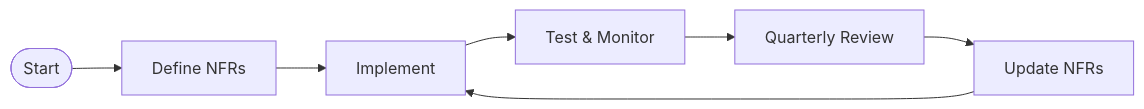
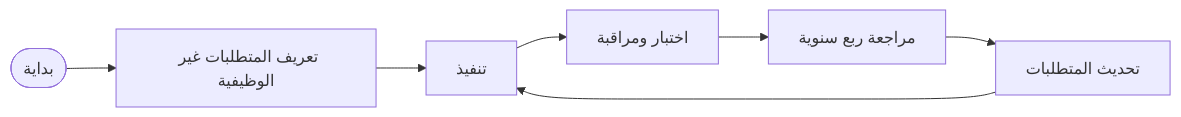
The third of 3 diagrams in docs/10-nfr-and-quality/10-nfr-and-quality.md (Ash69g/Documentation-Study), drawn with Mermaid before and after one commit. The commit also changed other lines of this file and 15 other files, not shown here.

````diff
--- a/docs/10-nfr-and-quality/10-nfr-and-quality.md
+++ b/docs/10-nfr-and-quality/10-nfr-and-quality.md
@@ -78,9 +123,9 @@
 ```mermaid
 flowchart LR
-  Start([Start]) --> Define[Define NFRs]
-  Define --> Implement[Implement]
-  Implement --> Test[Test & Monitor]
-  Test --> Review[Quarterly Review]
-  Review --> Update[Update NFRs]
-  Update --> Implement
+  البداية([بداية]) --> تعريف[تعريف المتطلبات غير الوظيفية]
+  تعريف --> تنفيذ[تنفيذ]
+  تنفيذ --> اختبار[اختبار ومراقبة]
+  اختبار --> مراجعة[مراجعة ربع سنوية]
+  مراجعة --> تحديث[تحديث المتطلبات]
+  تحديث --> تنفيذ
 ```
````
